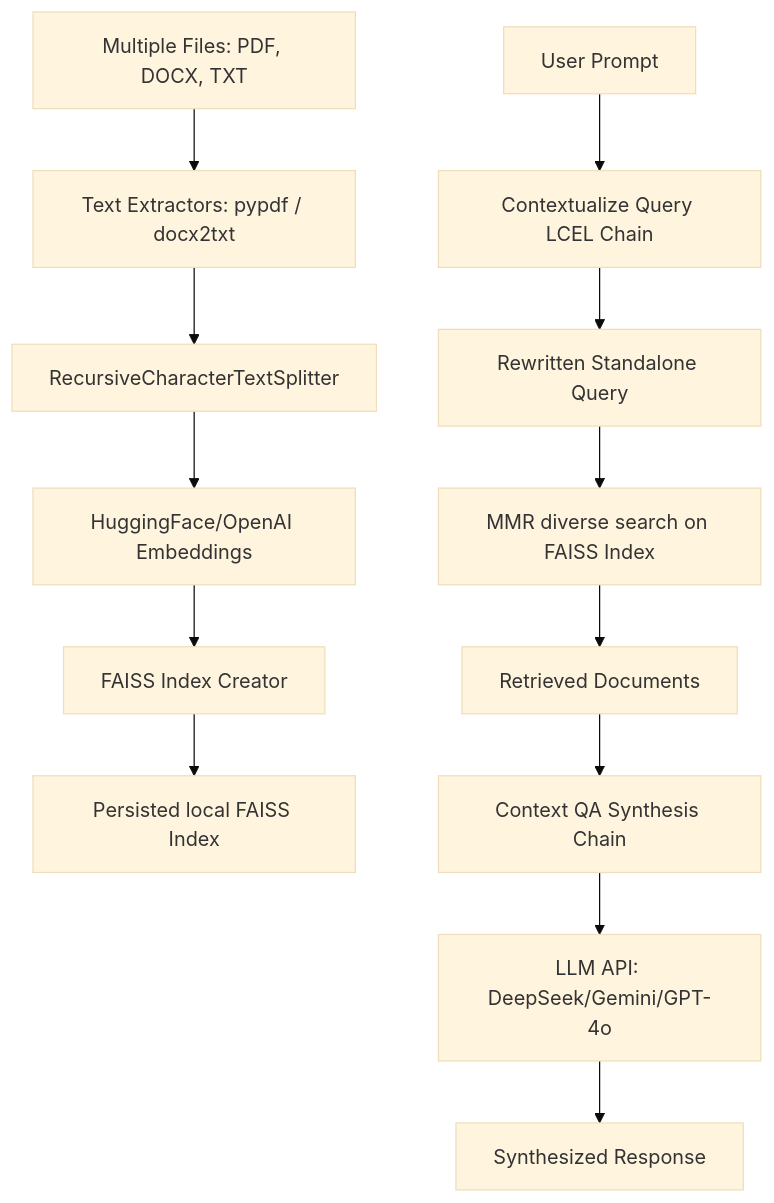
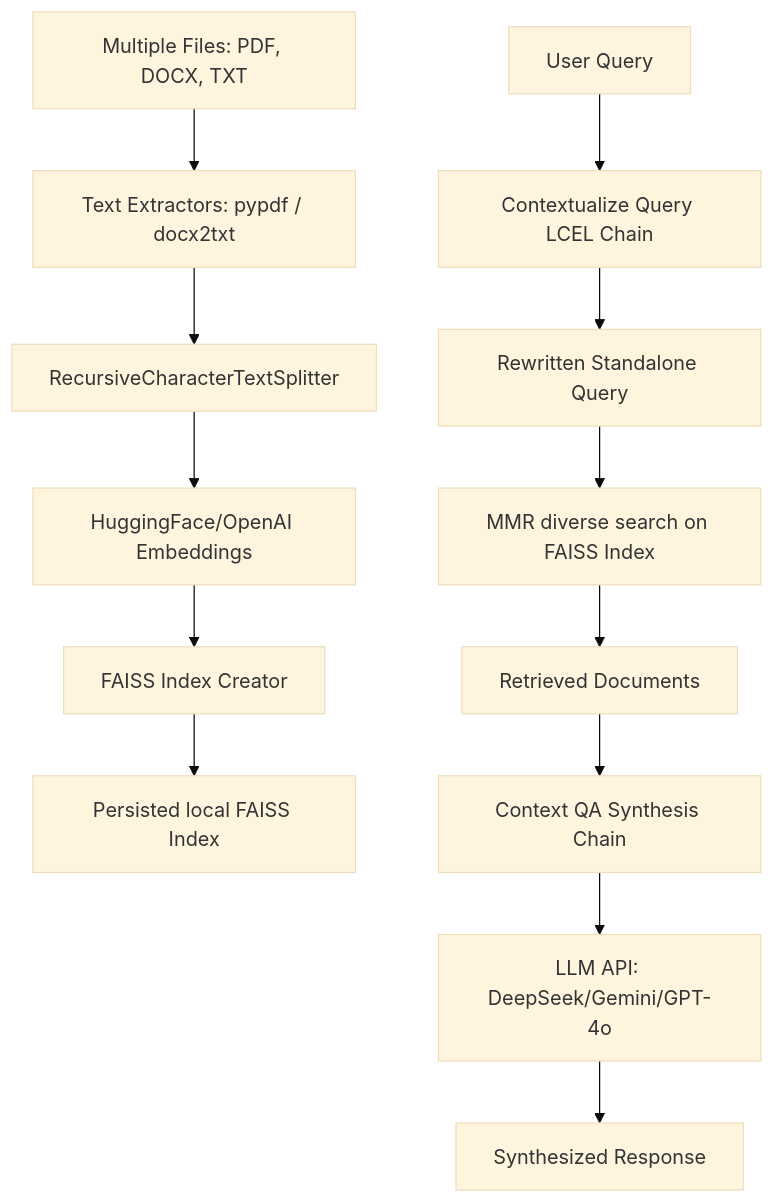
One commit to Rakeshavs/genai-doc-chat-llmops changed the diagram in README.md. Above: the diagram before and after it, drawn with Mermaid (base theme). The commit also changed other lines of this file and 24 other files, not shown here.

Commit message:
docs: Rename screenshots and regenerate comprehensive README.md with visual operational flow

````diff
--- a/README.md
+++ b/README.md
@@ -65,17 +66,17 @@
 ```mermaid
 graph TD
     A[Multiple Files: PDF, DOCX, TXT] --> B[Text Extractors: pypdf / docx2txt]
     B --> C[RecursiveCharacterTextSplitter]
     C --> D[HuggingFace/OpenAI Embeddings]
     D --> E[FAISS Index Creator]
     E --> F[Persisted local FAISS Index]
     
-    G[User Prompt] --> H[Contextualize Query LCEL Chain]
+    G[User Query] --> H[Contextualize Query LCEL Chain]
     H --> I[Rewritten Standalone Query]
     I --> J[MMR diverse search on FAISS Index]
     J --> K[Retrieved Documents]
     
     K --> L[Context QA Synthesis Chain]
     L --> M[LLM API: DeepSeek/Gemini/GPT-4o]
     M --> N[Synthesized Response]
 ```
````
